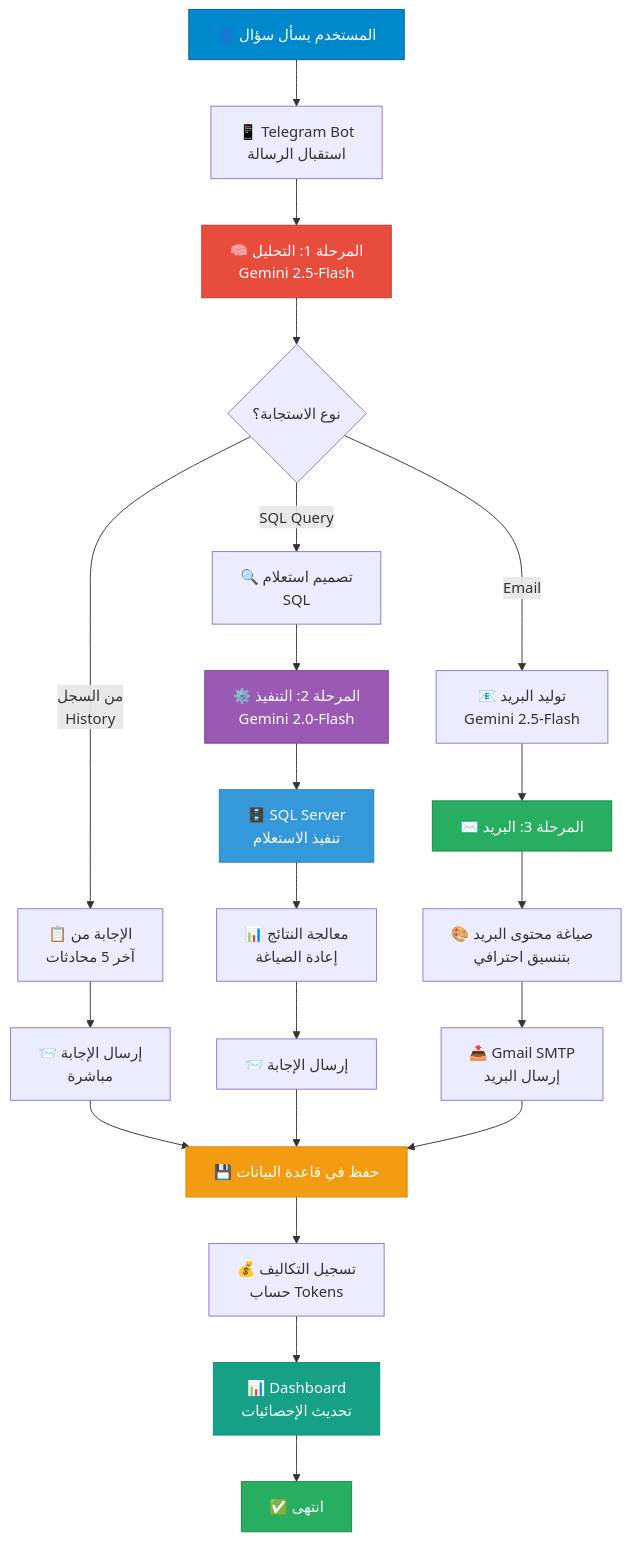
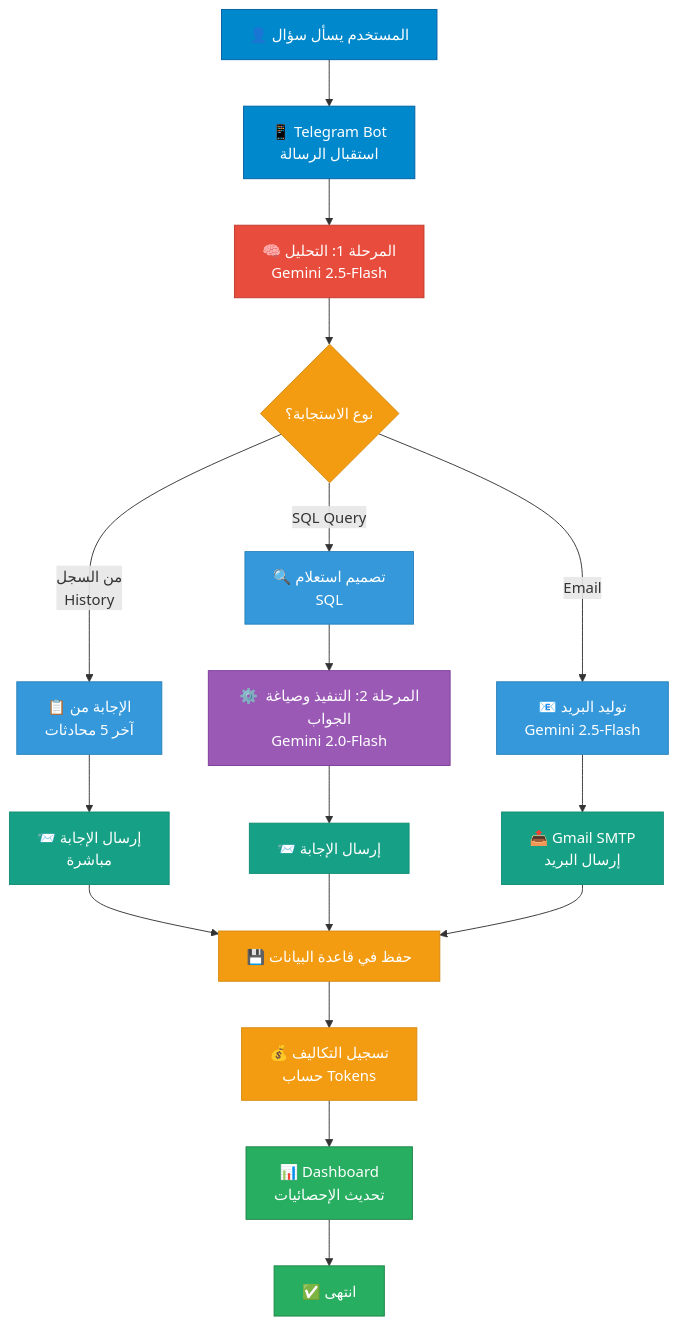
One commit to Bek0/AI-Telegram-Bot changed the first of 2 diagrams in README.md. Above: the diagram before and after it, drawn with Mermaid.

````diff
--- a/README.md
+++ b/README.md
@@ -8,42 +8,45 @@
 ```mermaid
 graph TD
     Start["👤 المستخدم يسأل سؤال"] --> Input["📱 Telegram Bot<br/>استقبال الرسالة"]
     Input --> Stage1["🧠 المرحلة 1: التحليل<br/>Gemini 2.5-Flash"]
     
     Stage1 --> Decide{نوع الاستجابة؟}
     
     %% Path 1: Direct Answer from History
     Decide -->|من السجل<br/>History| DirectPath["📋 الإجابة من<br/>آخر 5 محادثات"]
     DirectPath --> SendDirect["📨 إرسال الإجابة<br/>مباشرة"]
     
     %% Path 2: SQL Query
     Decide -->|SQL Query| SQLPath["🔍 تصميم استعلام<br/>SQL"]
-    SQLPath --> Stage2["⚙️ المرحلة 2: التنفيذ<br/>Gemini 2.0-Flash"]
-    Stage2 --> ExecuteDB["🗄️ SQL Server<br/>تنفيذ الاستعلام"]
-    ExecuteDB --> ProcessResults["📊 معالجة النتائج<br/>إعادة الصياغة"]
-    ProcessResults --> SendSQL["📨 إرسال الإجابة"]
+    SQLPath --> Stage2["⚙️ المرحلة 2: التنفيذ وصياغة الجواب<br/>Gemini 2.0-Flash"]
+    Stage2 --> SendSQL["📨 إرسال الإجابة"]
     
     %% Path 3: Email Generation
     Decide -->|Email| EmailPath["📧 توليد البريد<br/>Gemini 2.5-Flash"]
-    EmailPath --> Stage3["✉️ المرحلة 3: البريد"]
-    Stage3 --> GenerateEmail["🎨 صياغة محتوى البريد<br/>بتنسيق احترافي"]
-    GenerateEmail --> SendEmail["📤 Gmail SMTP<br/>إرسال البريد"]
+    EmailPath --> SendEmail["📤 Gmail SMTP<br/>إرسال البريد"]
     
     %% Logging and Tracking
     SendDirect --> SaveConv["💾 حفظ في قاعدة البيانات"]
     SendSQL --> SaveConv
     SendEmail --> SaveConv
     
     SaveConv --> LogCosts["💰 تسجيل التكاليف<br/>حساب Tokens"]
     LogCosts --> Dashboard["📊 Dashboard<br/>تحديث الإحصائيات"]
     Dashboard --> End["✅ انتهى"]
     
     style Start fill:#0088cc,stroke:#005fa3,color:#fff
+    style Input fill:#0088cc,stroke:#005fa3,color:#fff
     style Stage1 fill:#e74c3c,stroke:#c0392b,color:#fff
+    style Decide fill:#f39c12,stroke:#d68910,color:#fff
+    style DirectPath fill:#3498db,stroke:#2980b9,color:#fff
+    style SendDirect fill:#16a085,stroke:#138d75,color:#fff
+    style SQLPath fill:#3498db,stroke:#2980b9,color:#fff
     style Stage2 fill:#9b59b6,stroke:#7d3c98,color:#fff
-    style Stage3 fill:#27ae60,stroke:#1e8449,color:#fff
-    style ExecuteDB fill:#3498db,stroke:#2980b9,color:#fff
+    style SendSQL fill:#16a085,stroke:#138d75,color:#fff
+    style EmailPath fill:#3498db,stroke:#2980b9,color:#fff
+    style SendEmail fill:#16a085,stroke:#138d75,color:#fff
     style SaveConv fill:#f39c12,stroke:#d68910,color:#fff
-    style Dashboard fill:#16a085,stroke:#138d75,color:#fff
+    style LogCosts fill:#f39c12,stroke:#d68910,color:#fff
+    style Dashboard fill:#27ae60,stroke:#1e8449,color:#fff
     style End fill:#27ae60,stroke:#1e8449,color:#fff
 ```
````
